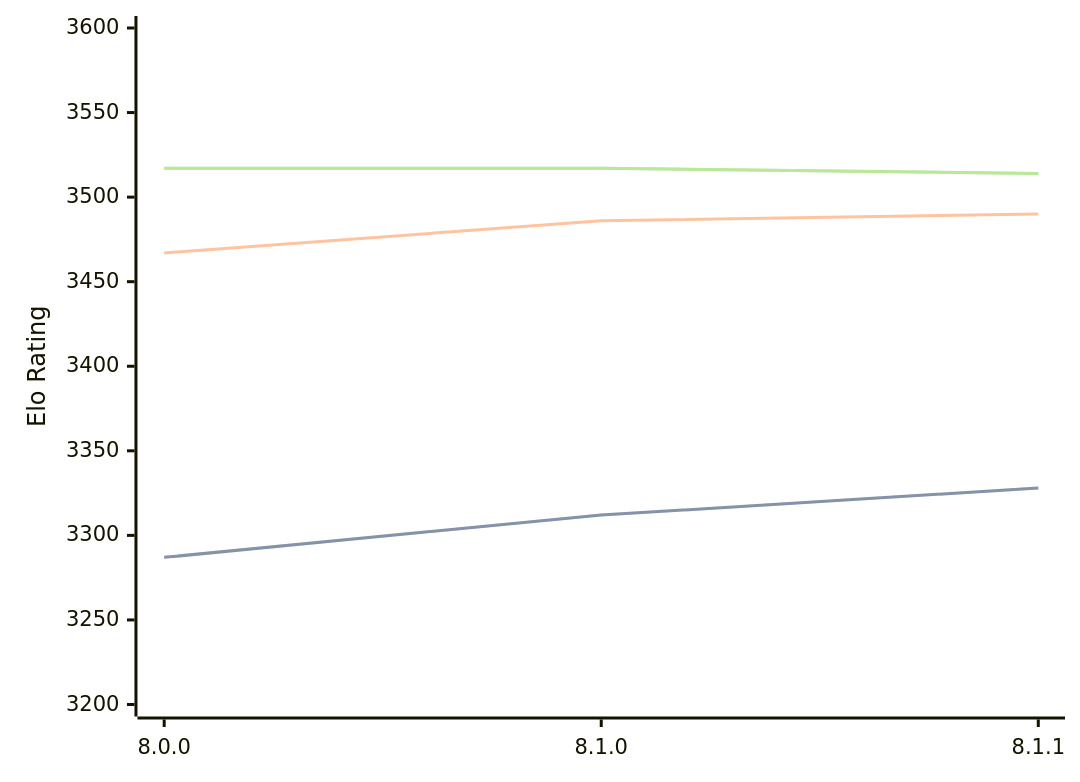
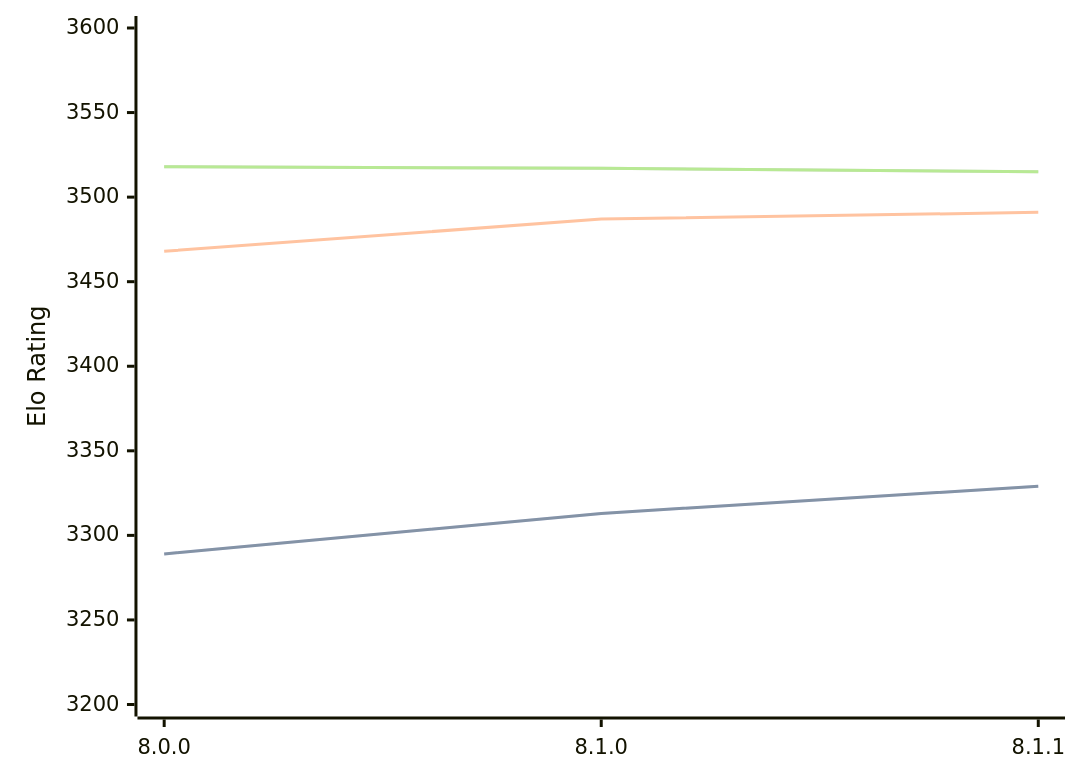
The diagram in engines/Velvet.md (computer-chess-index/cci), drawn with Mermaid before and after one commit. The commit also changed other lines of this file, not shown here.

Commit message:
Update CCI Ratings (ELO VLTC) - 2026-05-06

````diff
--- a/engines/Velvet.md
+++ b/engines/Velvet.md
@@ -57,11 +57,11 @@
 ```mermaid
 %%{init: {"theme":"base","themeVariables":{"seriesColors:['#a3a3a3','#222221','#faa371']}}}%%
 xychart-beta
   x-axis ["8.0.0", "8.1.0", "8.1.1"]
   y-axis "Elo Rating" 3200 --> 3600
-  line "STC (8.0+0.08s)" [3287, 3312, 3328]
-  line "STC (8.0+0.08s)" [3287, 3312, 3328]
-  line "LTC (60.0+0.60s)" [3467, 3486, 3490]
-  line "VLTC (2m24s+1.12s)" [3517, 3517, 3514]
-  line "VLTC (2m24s+1.12s)" [3517, 3517, 3514]
+  line "STC (8.0+0.08s)" [3289, 3313, 3329]
+  line "STC (8.0+0.08s)" [3289, 3313, 3329]
+  line "LTC (60.0+0.60s)" [3468, 3487, 3491]
+  line "VLTC (2m24s+1.12s)" [3518, 3517, 3515]
+  line "VLTC (2m24s+1.12s)" [3518, 3517, 3515]
 ```
````
